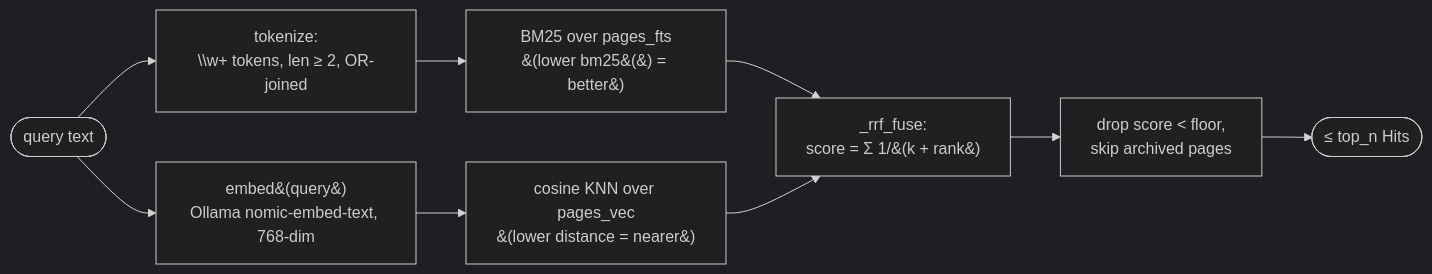
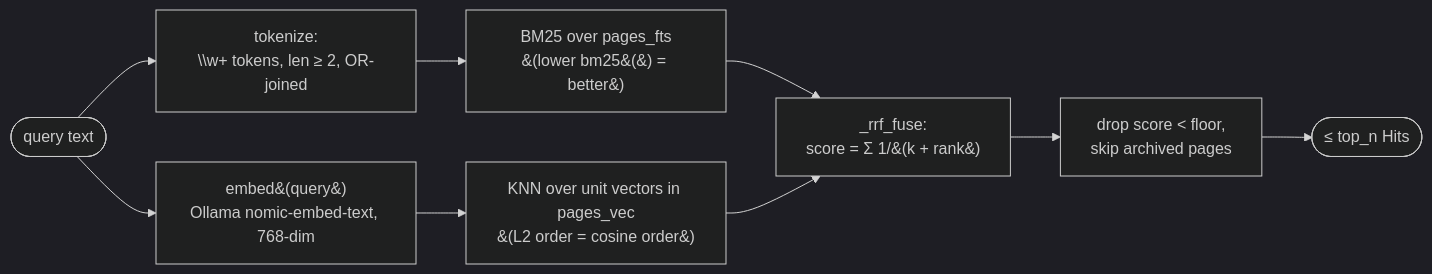
One commit to randyren278/hera changed the first of 3 diagrams in docs/RETRIEVAL.md. Above: the diagram before and after it, drawn with Mermaid (dark theme). The commit also changed other lines of this file and 20 other files, not shown here.

First line of the commit message:
retrieval: nomic prefixes + unit vectors, cosine relevance gate, one fast embed per prompt

````diff
--- a/docs/RETRIEVAL.md
+++ b/docs/RETRIEVAL.md
@@ -26,11 +26,11 @@
 ```mermaid
 flowchart LR
   Q(["query text"]) --> EMB["embed&#40;query&#41;<br>Ollama nomic-embed-text, 768-dim"]
   Q --> TOK["tokenize:<br>\\w+ tokens, len &ge; 2, OR-joined"]
   TOK --> BM["BM25 over pages_fts<br>&#40;lower bm25&#40;&#41; = better&#41;"]
-  EMB --> VEC["cosine KNN over pages_vec<br>&#40;lower distance = nearer&#41;"]
+  EMB --> VEC["KNN over unit vectors in pages_vec<br>&#40;L2 order = cosine order&#41;"]
   BM --> RRF["_rrf_fuse:<br>score = &Sigma; 1/&#40;k + rank&#41;"]
   VEC --> RRF
   RRF --> FLOOR["drop score &lt; floor,<br>skip archived pages"]
   FLOOR --> OUT(["&le; top_n Hits"])
 ```
````
